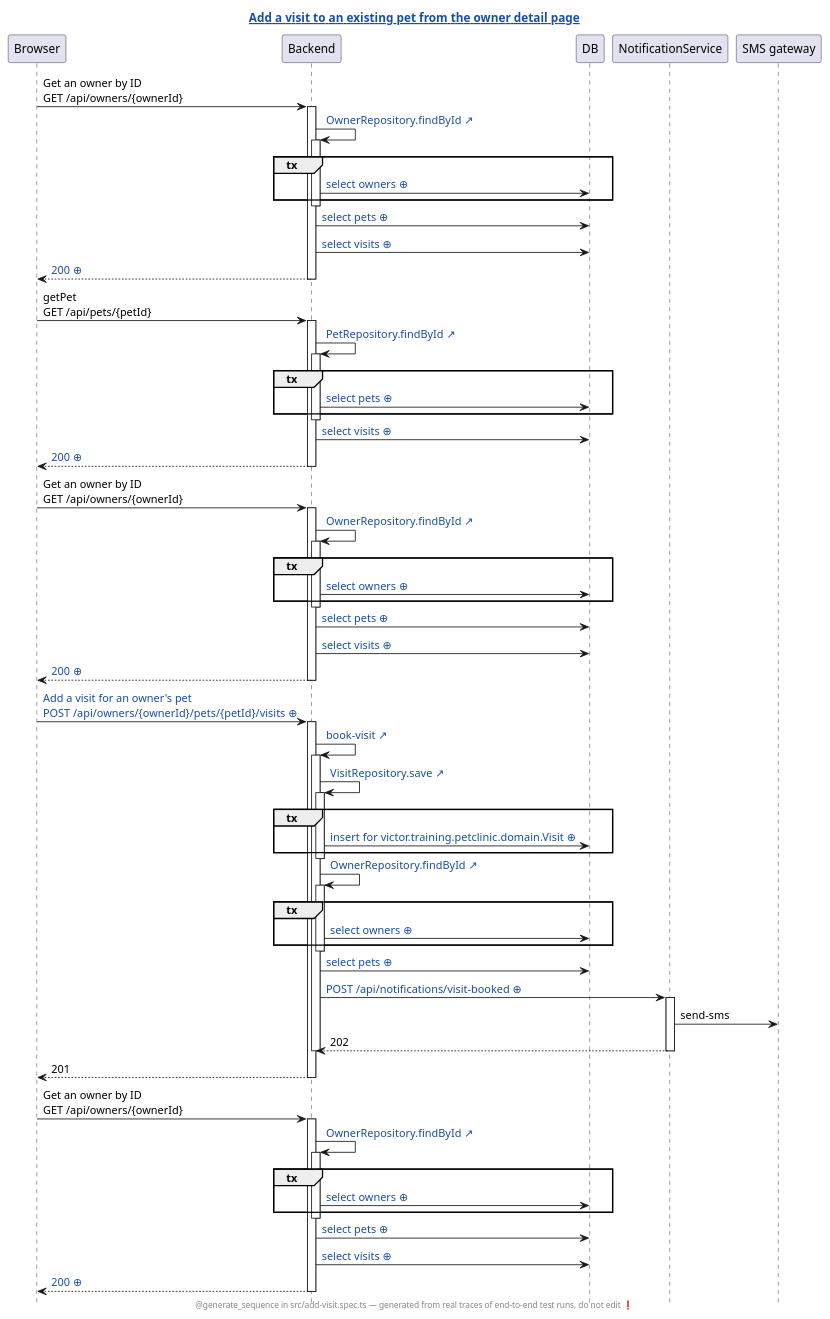
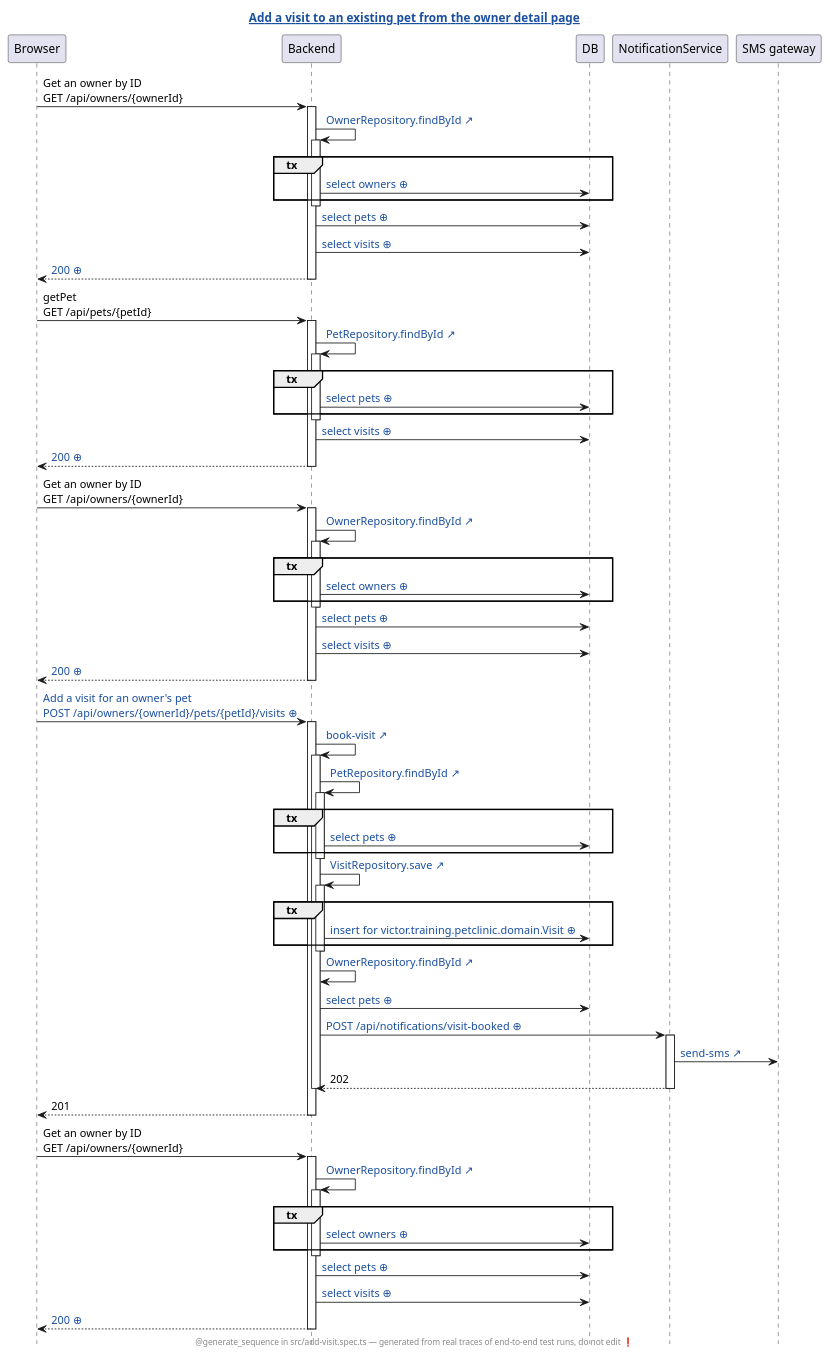
Before and after one commit to victorrentea/petclinic: the diagram in petclinic-test/generated/add-visit.spec.ts.add-a-visit-to-an-existing-pet-from-the-owner-detail-page.genseq.puml, drawn with PlantUML. The commit also changed 8 other files, not shown here.

First line of the commit message:
Slim root AGENTS.md: move backend architecture to petclinic-backend/AGENTS.md, regen-user-manual to a skill

```diff
--- a/petclinic-test/generated/add-visit.spec.ts.add-a-visit-to-an-existing-pet-from-the-owner-detail-page.genseq.puml
+++ b/petclinic-test/generated/add-visit.spec.ts.add-a-visit-to-an-existing-pet-from-the-owner-detail-page.genseq.puml
@@ -1,85 +1,86 @@
 @startuml
 ' ⚠️  GENERATED FILE — DO NOT EDIT. Every edit is lost on the next run.
 hide footbox
 skinparam hyperlinkUnderline false
 skinparam hyperlinkColor #1A4FA0
 title [[src://petclinic-test/src/add-visit.spec.ts:31{Click to open the test} Add a visit to an existing pet from the owner detail page]]
 footer @generate_sequence in src/add-visit.spec.ts — generated from real traces of end-to-end test runs, do not edit ❗
 participant Browser
 participant Backend
 participant DB
 participant NotificationService
 participant "SMS gateway"
 Browser -> Backend: Get an owner by ID\nGET /api/owners/{ownerId}
 activate Backend
 Backend -> Backend: [[src://petclinic-backend/src/main/java/victor/training/petclinic/repository/OwnerRepository.java:14{Click to open OwnerRepository.findById} OwnerRepository.findById ↗]]
 activate Backend
 group tx
 Backend -> DB: [[genseq://0x8aana{Click for the statement behind this call} select owners ⊕]]
 end
 deactivate Backend
 Backend -> DB: [[genseq://18567ho{Click for the statement behind this call} select pets ⊕]]
 Backend -> DB: [[genseq://13apewa{Click for the statement behind this call} select visits ⊕]]
 Backend --> Browser: [[genseq://0tvg3tn{Click for this call’s JSON body} 200 ⊕]]
 deactivate Backend
 Browser -> Backend: getPet\nGET /api/pets/{petId}
 activate Backend
 Backend -> Backend: [[src://petclinic-backend/src/main/java/victor/training/petclinic/repository/PetRepository.java:16{Click to open PetRepository.findById} PetRepository.findById ↗]]
 activate Backend
 group tx
 Backend -> DB: [[genseq://0y7w2ps{Click for the statement behind this call} select pets ⊕]]
 end
 deactivate Backend
 Backend -> DB: [[genseq://13apewa{Click for the statement behind this call} select visits ⊕]]
 Backend --> Browser: [[genseq://0ts0dcp{Click for this call’s JSON body} 200 ⊕]]
 deactivate Backend
 Browser -> Backend: Get an owner by ID\nGET /api/owners/{ownerId}
 activate Backend
 Backend -> Backend: [[src://petclinic-backend/src/main/java/victor/training/petclinic/repository/OwnerRepository.java:14{Click to open OwnerRepository.findById} OwnerRepository.findById ↗]]
 activate Backend
 group tx
 Backend -> DB: [[genseq://0x8aana{Click for the statement behind this call} select owners ⊕]]
 end
 deactivate Backend
 Backend -> DB: [[genseq://18567ho{Click for the statement behind this call} select pets ⊕]]
 Backend -> DB: [[genseq://13apewa{Click for the statement behind this call} select visits ⊕]]
 Backend --> Browser: [[genseq://0tvg3tn{Click for this call’s JSON body} 200 ⊕]]
 deactivate Backend
-Browser -> Backend: [[genseq://1rplfja{Click for this call’s JSON body} Add a visit for an owner's pet\nPOST /api/owners/{ownerId}/pets/{petId}/visits ⊕]]
+Browser -> Backend: [[genseq://18cxneq{Click for this call’s JSON body} Add a visit for an owner's pet\nPOST /api/owners/{ownerId}/pets/{petId}/visits ⊕]]
 activate Backend
-Backend -> Backend: [[src://petclinic-backend/src/main/java/victor/training/petclinic/rest/OwnerRestController.java:183{Click to open OwnerRestController.bookVisit} book-visit ↗]]
+Backend -> Backend: [[src://petclinic-backend/src/main/java/victor/training/petclinic/rest/OwnerRestController.java:189{Click to open OwnerRestController.bookVisit} book-visit ↗]]
 activate Backend
+Backend -> Backend: [[src://petclinic-backend/src/main/java/victor/training/petclinic/repository/PetRepository.java:16{Click to open PetRepository.findById} PetRepository.findById ↗]]
+activate Backend
+group tx
+Backend -> DB: [[genseq://0y7w2ps{Click for the statement behind this call} select pets ⊕]]
+end
+deactivate Backend
 Backend -> Backend: [[src://petclinic-backend/src/main/java/victor/training/petclinic/repository/VisitRepository.java:14{Click to open VisitRepository.save} VisitRepository.save ↗]]
 activate Backend
 group tx
-Backend -> DB: [[genseq://08slxsl{Click for the statement behind this call} insert for victor.training.petclinic.domain.Visit ⊕]]
+Backend -> DB: [[genseq://1l94tlh{Click for the statement behind this call} insert for victor.training.petclinic.domain.Visit ⊕]]
 end
 deactivate Backend
 Backend -> Backend: [[src://petclinic-backend/src/main/java/victor/training/petclinic/repository/OwnerRepository.java:14{Click to open OwnerRepository.findById} OwnerRepository.findById ↗]]
-activate Backend
-group tx
-Backend -> DB: [[genseq://0x8aana{Click for the statement behind this call} select owners ⊕]]
-end
-deactivate Backend
 Backend -> DB: [[genseq://18567ho{Click for the statement behind this call} select pets ⊕]]
 Backend -> NotificationService: [[genseq://1cfd0z0{Click for this call’s JSON body} POST /api/notifications/visit-booked ⊕]]
 activate NotificationService
-NotificationService -> "SMS gateway": send-sms
+NotificationService -> "SMS gateway": [[src://notification-service/src/main/java/victor/training/notification/SmsGateway.java:23{Click to open SmsGateway.send} send-sms ↗]]
 NotificationService --> Backend: 202
 deactivate NotificationService
 deactivate Backend
 Backend --> Browser: 201
 deactivate Backend
 Browser -> Backend: Get an owner by ID\nGET /api/owners/{ownerId}
 activate Backend
 Backend -> Backend: [[src://petclinic-backend/src/main/java/victor/training/petclinic/repository/OwnerRepository.java:14{Click to open OwnerRepository.findById} OwnerRepository.findById ↗]]
 activate Backend
 group tx
 Backend -> DB: [[genseq://0x8aana{Click for the statement behind this call} select owners ⊕]]
 end
 deactivate Backend
 Backend -> DB: [[genseq://18567ho{Click for the statement behind this call} select pets ⊕]]
 Backend -> DB: [[genseq://13apewa{Click for the statement behind this call} select visits ⊕]]
-Backend --> Browser: [[genseq://0n7uddy{Click for this call’s JSON body} 200 ⊕]]
+Backend --> Browser: [[genseq://1qkaehv{Click for this call’s JSON body} 200 ⊕]]
 deactivate Backend
 @enduml
```
